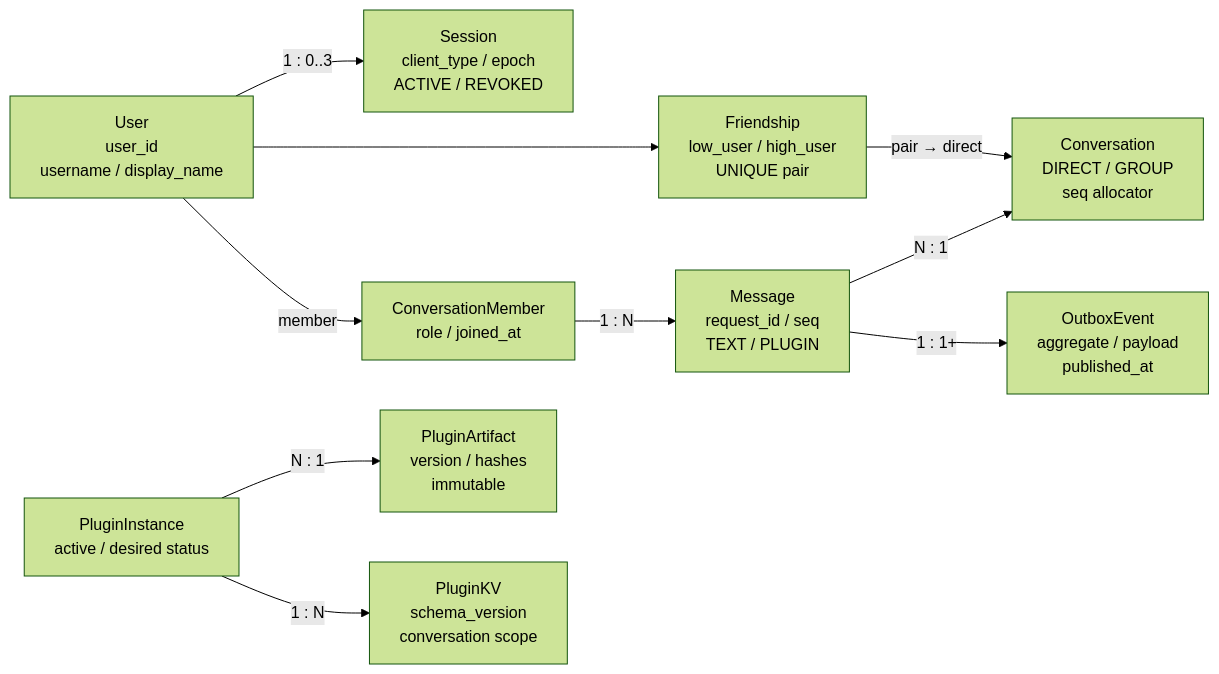
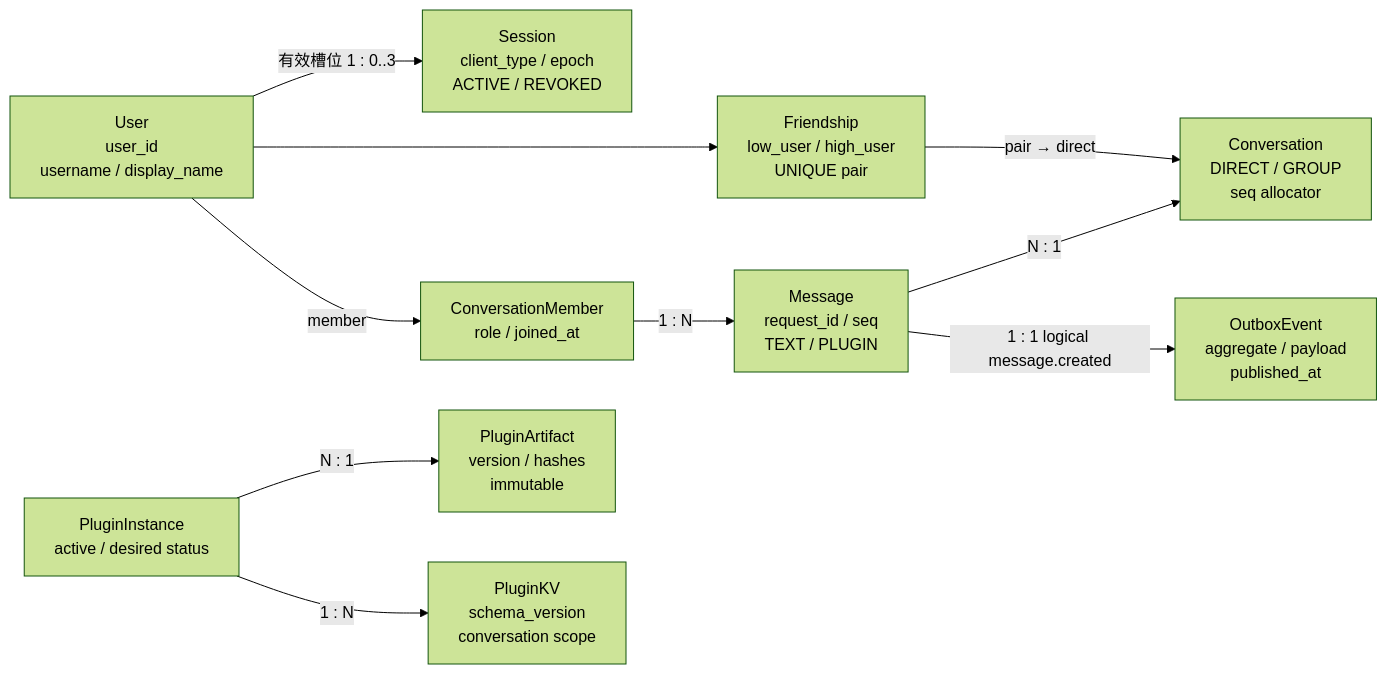
Before and after one commit to nilesthump/IM-platform: the third of 9 diagrams in spec/architecture/frozen-architecture.md, drawn with Mermaid (forest theme). The commit also changed other lines of this file and 62 other files, not shown here.

Commit message:
fix(architecture): reconcile frozen baseline and stage remediation

````diff
--- a/spec/architecture/frozen-architecture.md
+++ b/spec/architecture/frozen-architecture.md
@@ -301,22 +301,22 @@
 ```mermaid
 flowchart LR
   User["User<br/>user_id<br/>username / display_name"]
   Session["Session<br/>client_type / epoch<br/>ACTIVE / REVOKED"]
   Friendship["Friendship<br/>low_user / high_user<br/>UNIQUE pair"]
   Conversation["Conversation<br/>DIRECT / GROUP<br/>seq allocator"]
   Member["ConversationMember<br/>role / joined_at"]
   Message["Message<br/>request_id / seq<br/>TEXT / PLUGIN"]
   Instance["PluginInstance<br/>active / desired status"]
   Artifact["PluginArtifact<br/>version / hashes<br/>immutable"]
   Outbox["OutboxEvent<br/>aggregate / payload<br/>published_at"]
   KV["PluginKV<br/>schema_version<br/>conversation scope"]
-  User -->|"1 : 0..3"| Session
+  User -->|"有效槽位 1 : 0..3"| Session
   User --> Friendship
   Friendship -->|"pair → direct"| Conversation
   User -->|"member"| Member
   Member -->|"1 : N"| Message
   Message -->|"N : 1"| Conversation
-  Message -->|"1 : 1+"| Outbox
+  Message -->|"1 : 1 logical message.created"| Outbox
   Instance -->|"N : 1"| Artifact
   Instance -->|"1 : N"| KV
 ```
````
